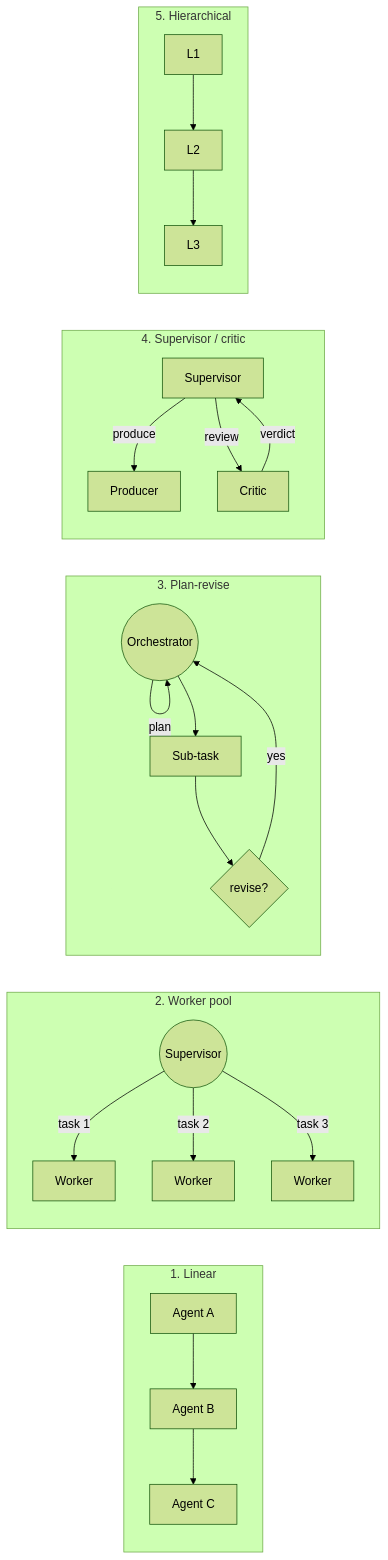
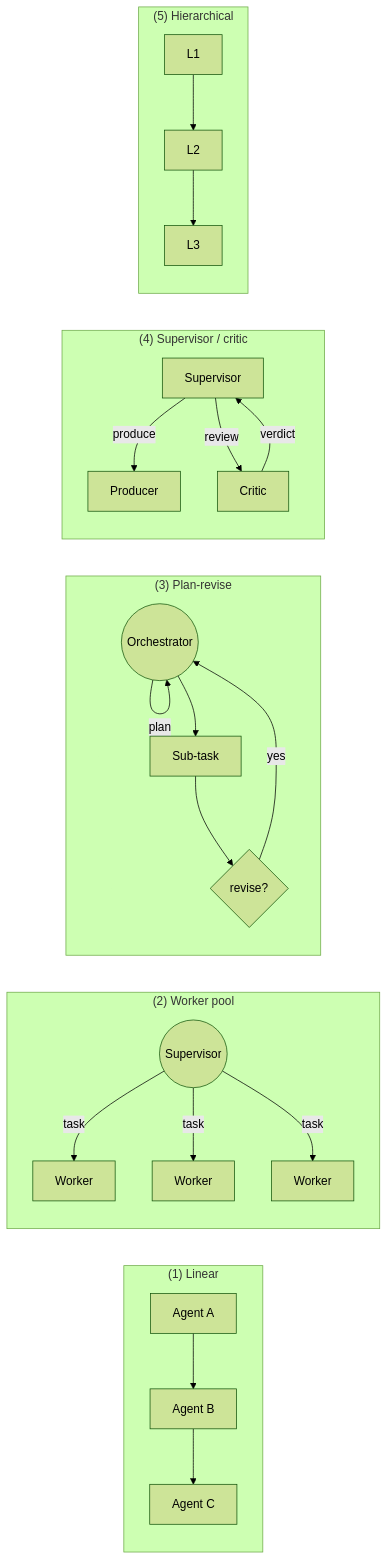
One commit to LEBOCQTitouan/tau changed the diagram in docs/explanation/multi-agent-orchestration.md. Above: the diagram before and after it, drawn with Mermaid (forest theme). The commit also changed 2 other files, not shown here.

Commit message:
docs: fix Mermaid "Unsupported markdown: list" warnings
Mermaid 11 (what mdbook-mermaid v0.14 bundles) interprets "1." /
"2." prefixes in node and subgraph labels as ordered-list markdown
syntax. Its renderer can't actually render the list, so the page
displays a literal "Unsupported markdown: list" string in place of
the affected label.

Two diagrams were hit:

- explanation/multi-agent-orchestration.md: the five-pattern
  topology diagram used "1. Linear" … "5. Hierarchical" as
  subgraph labels.
- explanation/packages.md: the install lifecycle flowchart used
  "1. clone to temp" … "6. prompt consent" as node labels.

Both switch to "(1) Linear" / "(1) clone to temp" form. The
parentheses preserve the numbering for the reader without
triggering Mermaid's list parser.

CLAUDE.md DOCS RULES gains a note documenting this so future doc
authors avoid the same trap.

````diff
--- a/docs/explanation/multi-agent-orchestration.md
+++ b/docs/explanation/multi-agent-orchestration.md
@@ -58,27 +58,27 @@
 ```mermaid
 flowchart LR
-    subgraph linear["1. Linear"]
+    subgraph linear["(1) Linear"]
         A1[Agent A] --> B1[Agent B] --> C1[Agent C]
     end
-    subgraph wp["2. Worker pool"]
+    subgraph wp["(2) Worker pool"]
         S2((Supervisor))
-        S2 -->|task 1| W2a[Worker]
-        S2 -->|task 2| W2b[Worker]
-        S2 -->|task 3| W2c[Worker]
+        S2 -->|task| W2a[Worker]
+        S2 -->|task| W2b[Worker]
+        S2 -->|task| W2c[Worker]
     end
-    subgraph pr["3. Plan-revise"]
+    subgraph pr["(3) Plan-revise"]
         O3((Orchestrator))
         O3 -->|plan| O3
         O3 --> S3[Sub-task] --> R3{revise?}
         R3 -->|yes| O3
     end
-    subgraph sc["4. Supervisor / critic"]
+    subgraph sc["(4) Supervisor / critic"]
         SP4[Supervisor] -->|produce| P4[Producer]
         SP4 -->|review| C4[Critic]
         C4 -->|verdict| SP4
     end
-    subgraph hier["5. Hierarchical"]
+    subgraph hier["(5) Hierarchical"]
         H5[L1] --> H5a[L2]
         H5a --> H5b[L3]
     end
 ```
````
